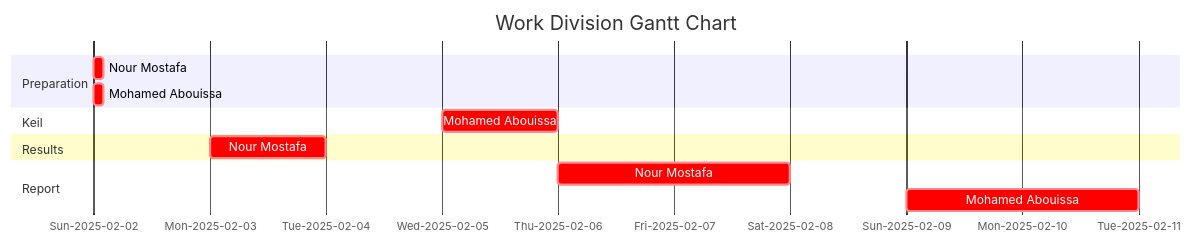
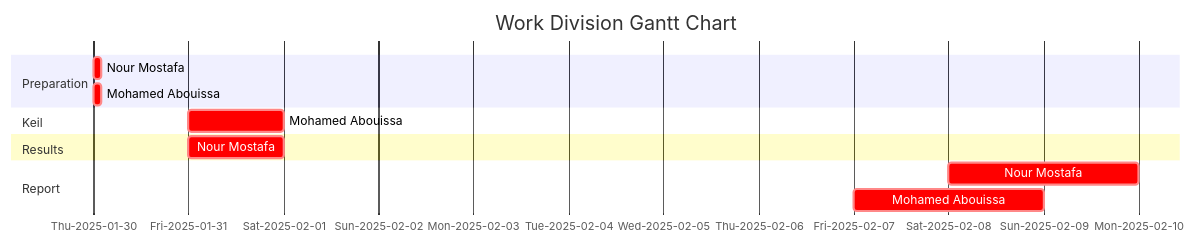
The diagram in Lab 02 - For-loops, while-loops, if-then branching, subroutines, and time delays/README.md (MONO-1223/AURAK-CENG432-EmbeddedSystemDesignLab), drawn with Mermaid before and after one commit. The commit also changed other lines of this file, not shown here.

````diff
--- a/Lab 02 - For-loops, while-loops, if-then branching, subroutines, and time delays/README.md
+++ b/Lab 02 - For-loops, while-loops, if-then branching, subroutines, and time delays/README.md
@@ -192,17 +192,17 @@
 ```mermaid
 gantt
     title Work Division Gantt Chart
     tickInterval 1day
     todayMarker off
     axisFormat %a-%Y-%m-%d
     section Preparation         
-        Nour Mostafa : crit, 2025-02-2 00:00, 02h
-        Mohamed Abouissa : crit, 2025-02-2 00:00, 02h
+        Nour Mostafa : crit, 2025-01-30 00:00, 02h
+        Mohamed Abouissa : crit, 2025-01-30 00:00, 02h
     section Keil         
-        Mohamed Abouissa : crit,2025-02-5 00:00, 1d
+        Mohamed Abouissa : crit,2025-01-31 00:00, 1d
     section Results       
-        Nour Mostafa : crit, 2025-02-3 00:00, 1d
+        Nour Mostafa : crit, 2025-01-31 00:00, 1d
     section Report
-        Nour Mostafa : crit, 2025-02-6 00:00, 2d
-        Mohamed Abouissa : crit, 2025-02-9 00:00, 2d
+        Nour Mostafa : crit, 2025-02-8 00:00, 2d
+        Mohamed Abouissa : crit, 2025-02-7 00:00, 2d
 ```
````
